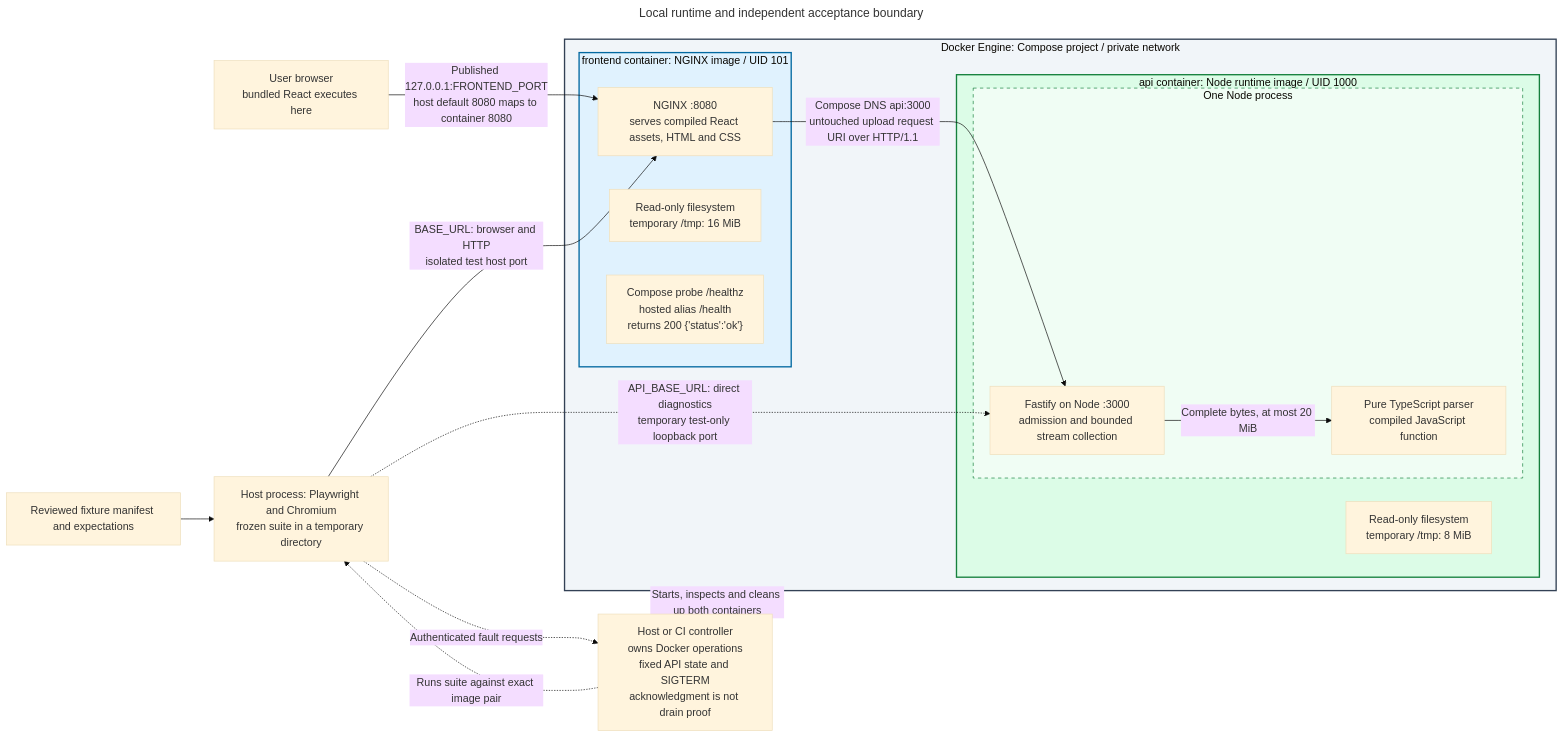
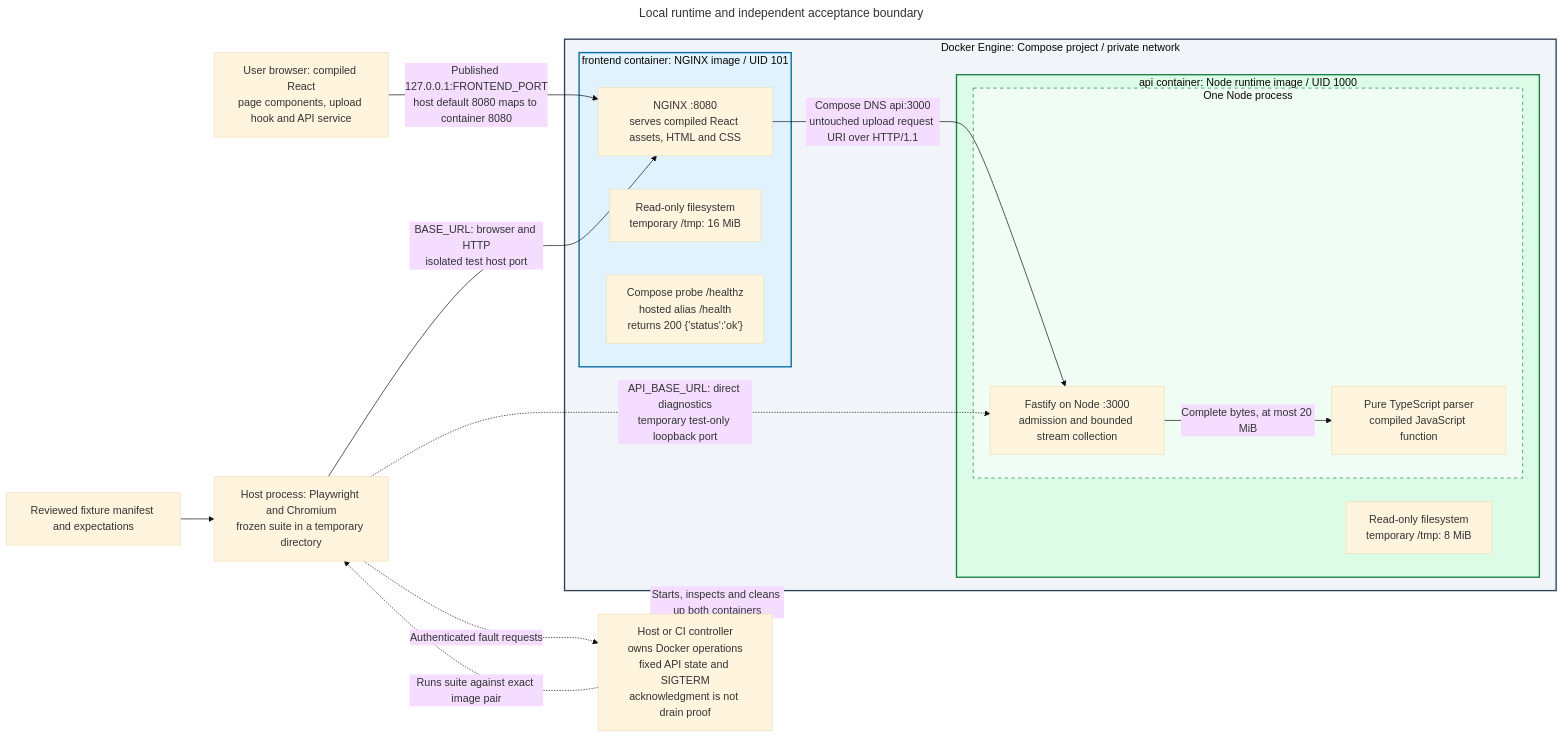
One commit to brobro10000/mp3-frame-counter changed the diagram in docs/architecture/diagrams/runtime.mmd. Above: the diagram before and after it, drawn with Mermaid (base theme). The commit also changed 13 other files, not shown here.

Commit message:
refactor(frontend): separate components hooks services and types

```diff
--- a/docs/architecture/diagrams/runtime.mmd
+++ b/docs/architecture/diagrams/runtime.mmd
@@ -1,60 +1,67 @@
 ---
 title: Local runtime and independent acceptance boundary
 query: >-
   Show Docker wrapping exactly two independently built application images as
   Compose containers. Nest NGINX and its static assets inside the frontend
   container, and Fastify transport plus parser inside one Node process in the
   API container. Put both containers inside Docker's Compose network. Keep
-  browser React from frontend/src/App.tsx, the host controller and extracted
-  Playwright/Chromium runner outside Docker. The frontend build uses Vite.
+  browser React page components, useMp3Analysis business state and the raw API
+  service outside Docker, with the host controller and extracted Playwright
+  runner also outside Docker. App.tsx composes the page; Vite builds static assets.
   Distinguish published loopback host port from internal
   frontend port 8080 and private API port 3000, with a separate test-only
   loopback binding for direct API diagnostics. Show source-defined runtime
   users, read-only filesystems, temporary mounts and bounded in-process parsing.
   Do not imply a third parser/test container, Node frontend runtime or cloud
   deployment. Keep fixed API lifecycle readback and SIGTERM inside the host
   controller; command acknowledgment does not prove graceful drain.
 references:
   - 'File: /compose.yaml'
   - 'File: /frontend/Dockerfile'
   - 'File: /frontend/src/App.tsx'
   - 'File: /frontend/src/main.tsx'
+  - 'File: /frontend/src/hooks/useMp3Analysis.ts'
+  - 'File: /frontend/src/services/mp3Analysis.ts'
+  - 'File: /frontend/src/services/response.ts'
+  - 'File: /frontend/src/types/analysis.ts'
+  - 'File: /frontend/src/components/UploadForm.tsx'
+  - 'File: /frontend/src/components/AnalysisResult.tsx'
   - 'File: /frontend/vite.config.ts'
   - 'File: /package.json'
   - 'File: /frontend/nginx.conf.template'
   - 'File: /server/Dockerfile'
   - 'File: /server/src/http.ts'
   - 'File: /server/src/mp3.ts'
   - 'File: /scripts/run-e2e.mjs'
   - 'File: /scripts/e2e-controller.mjs'
 generationTime: '2026-10-11T13:20:27.232Z'
 ---
 flowchart LR
-    B["User browser<br/>bundled React executes here"]
+    B["User browser: compiled React<br/>page components, upload hook and API service"]
     subgraph DOCKER["Docker Engine: Compose project / private network"]
         subgraph FRONT["frontend container: NGINX image / UID 101"]
             F["NGINX :8080<br/>serves compiled React assets, HTML and CSS"]
             FS["Read-only filesystem<br/>temporary /tmp: 16 MiB"]
             H["Compose probe /healthz<br/>hosted alias /health<br/>returns 200 {'status':'ok'}"]
         end
         subgraph BACK["api container: Node runtime image / UID 1000"]
             subgraph NODE["One Node process"]
                 A["Fastify on Node :3000<br/>admission and bounded stream collection"]
                 P["Pure TypeScript parser<br/>compiled JavaScript function"]
                 A -->|"Complete bytes, at most 20 MiB"| P
             end
             AS["Read-only filesystem<br/>temporary /tmp: 8 MiB"]
         end
         F -->|"Compose DNS api:3000<br/>untouched upload request URI over HTTP/1.1"| A
     end
     B -->|"Published 127.0.0.1:FRONTEND_PORT<br/>host default 8080 maps to container 8080"| F
     T["Host process: Playwright and Chromium<br/>frozen suite in a temporary directory"] -->|"BASE_URL: browser and HTTP<br/>isolated test host port"| F
     T -.->|"API_BASE_URL: direct diagnostics<br/>temporary test-only loopback port"| A
     O["Reviewed fixture manifest and expectations"] --> T
     C["Host or CI controller<br/>owns Docker operations<br/>fixed API state and SIGTERM<br/>acknowledgment is not drain proof"] -.->|"Starts, inspects and cleans up both containers"| DOCKER
     C -.->|"Runs suite against exact image pair"| T
     T -.->|"Authenticated fault requests"| C
     style DOCKER fill:#f1f5f9,stroke:#334155,stroke-width:2px
     style FRONT fill:#e0f2fe,stroke:#0369a1,stroke-width:2px
     style BACK fill:#dcfce7,stroke:#15803d,stroke-width:2px
     style NODE fill:#f0fdf4,stroke:#15803d,stroke-dasharray:5 5
```
